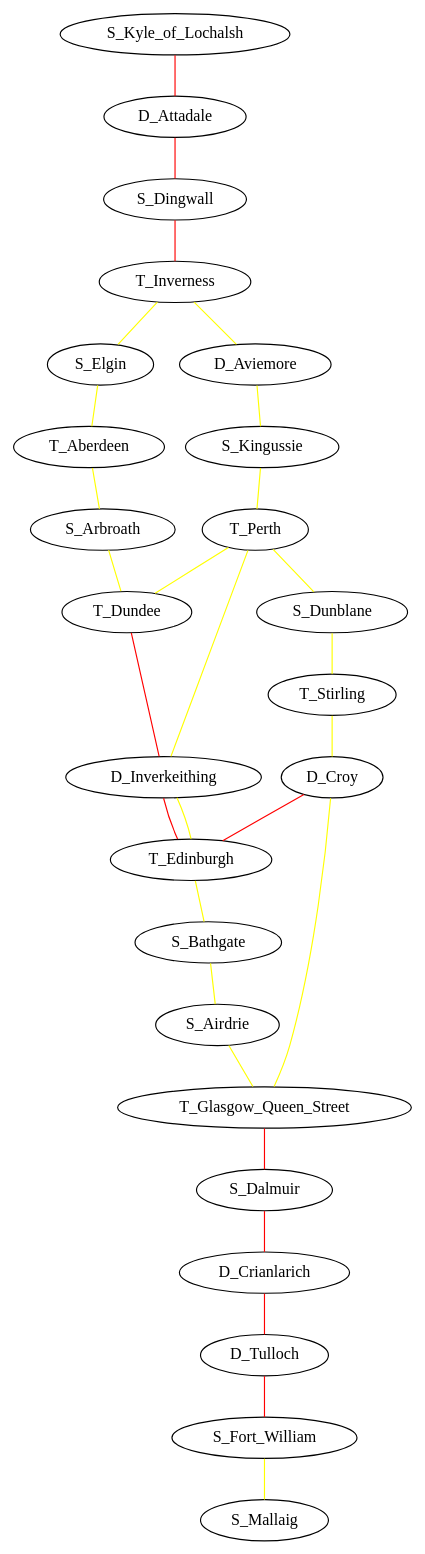
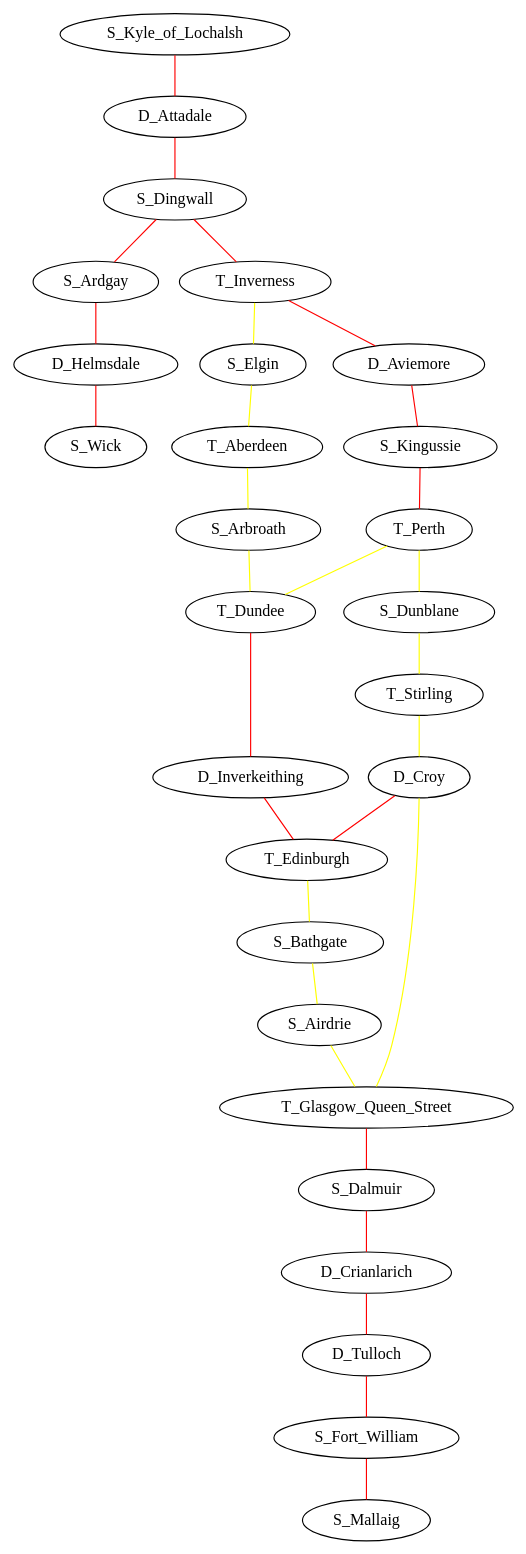
One commit to ivasduarte/all-aboard changed the diagram in railway.dot. Above: the diagram before and after it, drawn with Graphviz. The commit also changed 3 other files, not shown here.

```diff
--- a/railway.dot
+++ b/railway.dot
@@ -1,30 +1,31 @@
 graph G {
   "S_Kyle_of_Lochalsh" -- "D_Attadale" [color=red];
   "D_Attadale" -- "S_Dingwall" [color=red];
+  "S_Dingwall" -- "S_Ardgay" [color=red];
+  "S_Ardgay" -- "D_Helmsdale" [color=red];
+  "D_Helmsdale" -- "S_Wick" [color=red];
   "S_Dingwall" -- "T_Inverness" [color=red];
   "T_Inverness" -- "S_Elgin" [color=yellow];
   "S_Elgin" -- "T_Aberdeen" [color=yellow];
   "T_Aberdeen" -- "S_Arbroath" [color=yellow];
   "S_Arbroath" -- "T_Dundee" [color=yellow];
   "T_Dundee" -- "D_Inverkeithing" [color=red];
   "D_Inverkeithing" -- "T_Edinburgh" [color=red];
-  "T_Perth" -- "D_Inverkeithing" [color=yellow];
-  "D_Inverkeithing" -- "T_Edinburgh" [color=yellow];
-  "T_Inverness" -- "D_Aviemore" [color=yellow];
-  "D_Aviemore" -- "S_Kingussie" [color=yellow];
-  "S_Kingussie" -- "T_Perth" [color=yellow];
+  "T_Inverness" -- "D_Aviemore" [color=red];
+  "D_Aviemore" -- "S_Kingussie" [color=red];
+  "S_Kingussie" -- "T_Perth" [color=red];
   "T_Perth" -- "T_Dundee" [color=yellow];
   "T_Perth" -- "S_Dunblane" [color=yellow];
   "S_Dunblane" -- "T_Stirling" [color=yellow];
   "T_Stirling" -- "D_Croy" [color=yellow];
   "D_Croy" -- "T_Edinburgh" [color=red];
   "D_Croy" -- "T_Glasgow_Queen_Street" [color=yellow];
   "T_Edinburgh" -- "S_Bathgate" [color=yellow];
   "S_Bathgate" -- "S_Airdrie" [color=yellow];
   "S_Airdrie" -- "T_Glasgow_Queen_Street" [color=yellow];
   "T_Glasgow_Queen_Street" -- "S_Dalmuir" [color=red];
   "S_Dalmuir" -- "D_Crianlarich" [color=red];
   "D_Crianlarich" -- "D_Tulloch" [color=red];
   "D_Tulloch" -- "S_Fort_William" [color=red];
-  "S_Fort_William" -- "S_Mallaig" [color=yellow];
+  "S_Fort_William" -- "S_Mallaig" [color=red];
 }
```
